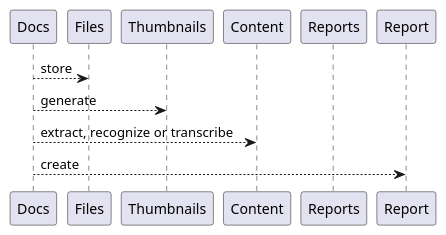
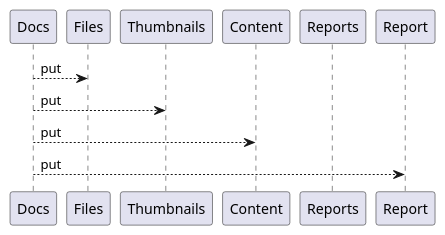
Before and after one commit to archie-soft/design: the first of 2 diagrams in diagrams/workflows.puml, drawn with PlantUML. The commit also changed other lines of this file and 5 other files, not shown here.

Commit message:
update diagrams

```diff
--- a/diagrams/workflows.puml
+++ b/diagrams/workflows.puml
@@ -1,11 +1,11 @@
-@startuml put_docs
+@startuml post_docs
 participant Docs
 participant Files
 participant Thumbnails
 participant Content
 participant Reports
-Docs --> Files: store
-Docs --> Thumbnails: generate
-Docs --> Content: extract, recognize or transcribe
-Docs --> Report: create
+Docs --> Files: put
+Docs --> Thumbnails: put
+Docs --> Content: put
+Docs --> Report: put
 @enduml
```
